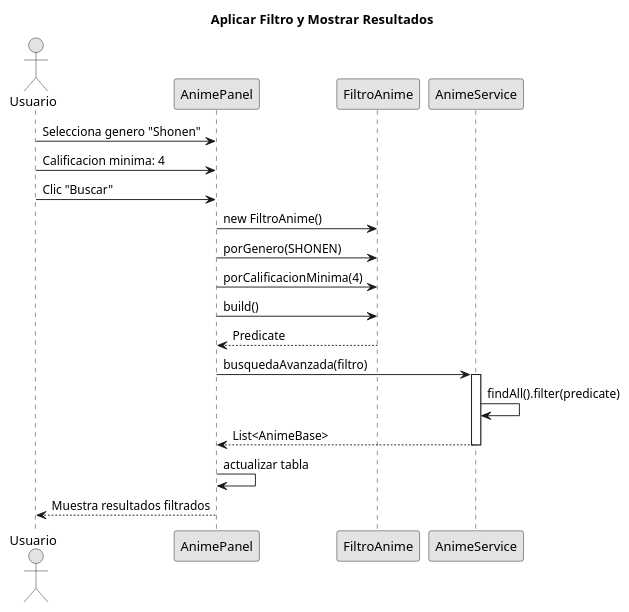
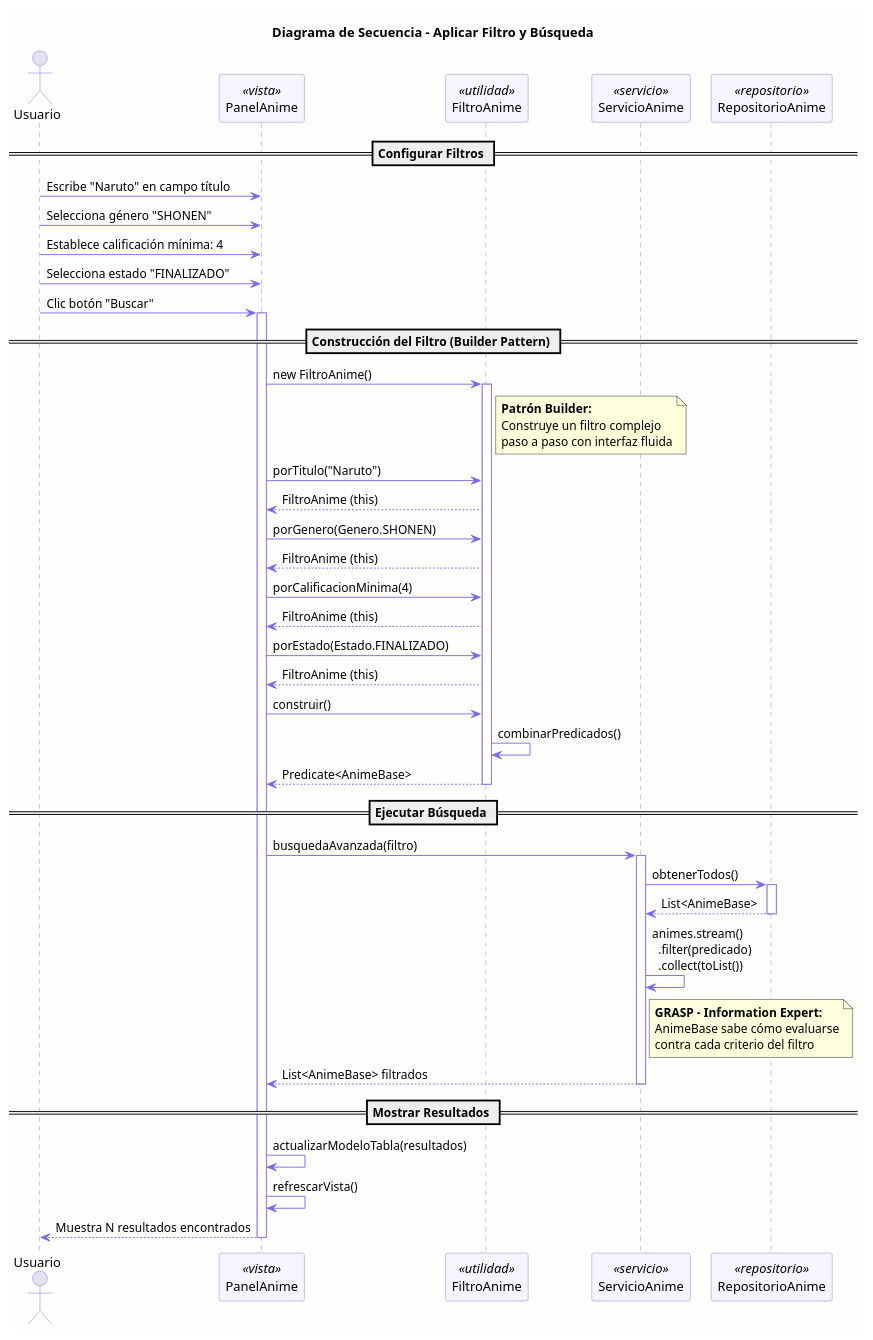
Before and after one commit to tobiascriscuolo/clasificadorAnime: the diagram in docs/uml/02_aplicar_filtro.puml, drawn with PlantUML. The commit also changed 96 other files, not shown here.

First line of the commit message:
Refactoring completo a espaÃ±ol + iconos + selecciÃ³n mÃºltiple + diagramas UML

```diff
--- a/docs/uml/02_aplicar_filtro.puml
+++ b/docs/uml/02_aplicar_filtro.puml
@@ -1,28 +1,80 @@
 @startuml
-title Aplicar Filtro y Mostrar Resultados
-skinparam monochrome true
+title Diagrama de Secuencia - Aplicar Filtro y Búsqueda
+skinparam backgroundColor #FEFEFE
+skinparam sequence {
+    ArrowColor #7B68EE
+    LifeLineBorderColor #9370DB
+    ParticipantBackgroundColor #F5F5FF
+    ParticipantBorderColor #9370DB
+    ActorBorderColor #7B68EE
+}
 
 actor Usuario
-participant "AnimePanel" as Panel
-participant "FiltroAnime" as Filtro
-participant "AnimeService" as Service
+participant "PanelAnime" as Panel <<vista>>
+participant "FiltroAnime" as Filtro <<utilidad>>
+participant "ServicioAnime" as Servicio <<servicio>>
+participant "RepositorioAnime" as Repo <<repositorio>>
 
-Usuario -> Panel: Selecciona genero "Shonen"
-Usuario -> Panel: Calificacion minima: 4
-Usuario -> Panel: Clic "Buscar"
+== Configurar Filtros ==
+Usuario -> Panel: Escribe "Naruto" en campo título
+Usuario -> Panel: Selecciona género "SHONEN"
+Usuario -> Panel: Establece calificación mínima: 4
+Usuario -> Panel: Selecciona estado "FINALIZADO"
+Usuario -> Panel: Clic botón "Buscar"
 
+== Construcción del Filtro (Builder Pattern) ==
+activate Panel
 Panel -> Filtro: new FiltroAnime()
-Panel -> Filtro: porGenero(SHONEN)
+activate Filtro
+
+note right of Filtro
+    <b>Patrón Builder:</b>
+    Construye un filtro complejo
+    paso a paso con interfaz fluida
+end note
+
+Panel -> Filtro: porTitulo("Naruto")
+Filtro --> Panel: FiltroAnime (this)
+
+Panel -> Filtro: porGenero(Genero.SHONEN)
+Filtro --> Panel: FiltroAnime (this)
+
 Panel -> Filtro: porCalificacionMinima(4)
-Panel -> Filtro: build()
-Filtro --> Panel: Predicate
+Filtro --> Panel: FiltroAnime (this)
 
-Panel -> Service: busquedaAvanzada(filtro)
-activate Service
-Service -> Service: findAll().filter(predicate)
-Service --> Panel: List<AnimeBase>
-deactivate Service
+Panel -> Filtro: porEstado(Estado.FINALIZADO)
+Filtro --> Panel: FiltroAnime (this)
 
-Panel -> Panel: actualizar tabla
-Panel --> Usuario: Muestra resultados filtrados
+Panel -> Filtro: construir()
+Filtro -> Filtro: combinarPredicados()
+Filtro --> Panel: Predicate<AnimeBase>
+deactivate Filtro
+
+== Ejecutar Búsqueda ==
+Panel -> Servicio: busquedaAvanzada(filtro)
+activate Servicio
+
+Servicio -> Repo: obtenerTodos()
+activate Repo
+Repo --> Servicio: List<AnimeBase>
+deactivate Repo
+
+Servicio -> Servicio: animes.stream()\n  .filter(predicado)\n  .collect(toList())
+
+note right of Servicio
+    <b>GRASP - Information Expert:</b>
+    AnimeBase sabe cómo evaluarse
+    contra cada criterio del filtro
+end note
+
+Servicio --> Panel: List<AnimeBase> filtrados
+deactivate Servicio
+
+== Mostrar Resultados ==
+Panel -> Panel: actualizarModeloTabla(resultados)
+Panel -> Panel: refrescarVista()
+Panel --> Usuario: Muestra N resultados encontrados
+
+deactivate Panel
+
 @enduml
```
